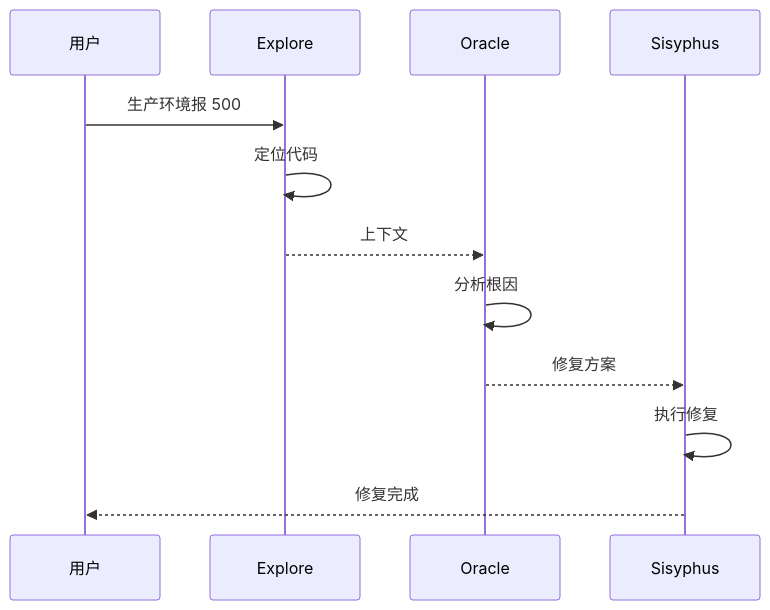
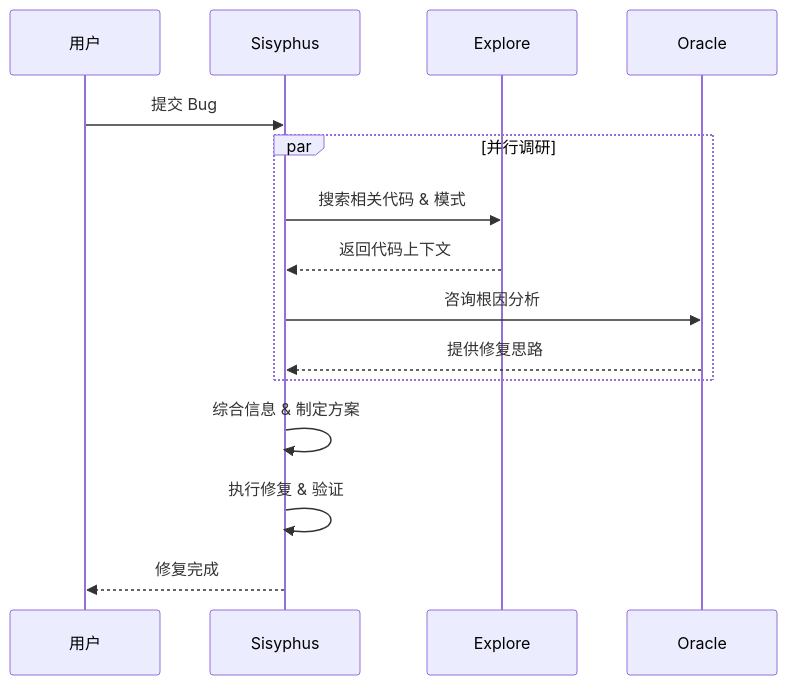
The third of 4 diagrams in slides.md (sean2077/opencode-presentation), drawn with Mermaid before and after one commit. The commit also changed other lines of this file, not shown here.

````diff
--- a/slides.md
+++ b/slides.md
@@ -754,15 +754,18 @@
 ```mermaid
 sequenceDiagram
     participant U as 用户
+    participant S as Sisyphus
     participant E as Explore
     participant O as Oracle
-    participant S as Sisyphus
     
-    U->>E: 生产环境报 500
-    E->>E: 定位代码
-    E-->>O: 上下文
-    O->>O: 分析根因
-    O-->>S: 修复方案
-    S->>S: 执行修复
+    U->>S: 提交 Bug
+    par 并行调研
+        S->>E: 搜索相关代码 & 模式
+        E-->>S: 返回代码上下文
+        S->>O: 咨询根因分析
+        O-->>S: 提供修复思路
+    end
+    S->>S: 综合信息 & 制定方案
+    S->>S: 执行修复 & 验证
     S-->>U: 修复完成
 ```
````
